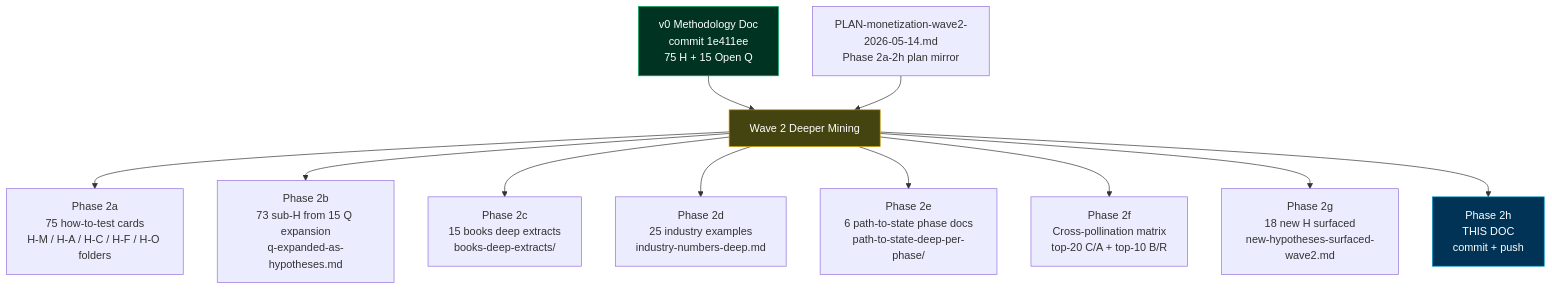
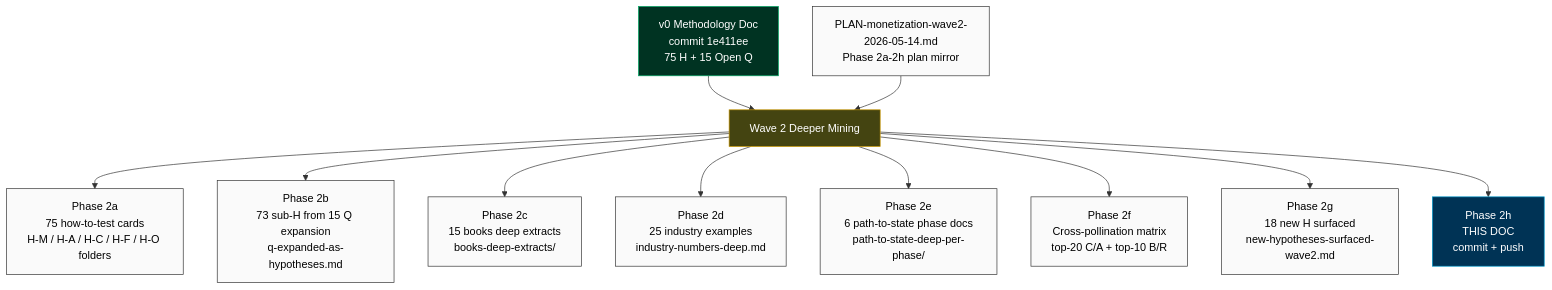
One commit to Bogersebekov/jetix-os changed the diagram in decisions/JETIX-MONETIZATION-METHODOLOGY-WAVE2-DEEPER-MINING-2026-05-14.md. Above: the diagram before and after it, drawn with Mermaid. The commit also changed 102 other files, not shown here.

First line of the commit message:
[fix][mermaid] black text in all mermaid diagrams (213 blocks / 102 files)

````diff
--- a/decisions/JETIX-MONETIZATION-METHODOLOGY-WAVE2-DEEPER-MINING-2026-05-14.md
+++ b/decisions/JETIX-MONETIZATION-METHODOLOGY-WAVE2-DEEPER-MINING-2026-05-14.md
@@ -92,21 +92,22 @@
 ```mermaid
+%%{init: {'theme':'base', 'themeVariables': {'primaryTextColor':'#000000','textColor':'#000000','lineColor':'#333333','primaryBorderColor':'#333333','primaryColor':'#fafafa','noteTextColor':'#000000','noteBkgColor':'#fff8d5','edgeLabelBackground':'#ffffff'}}}%%
 flowchart TD
     V0[v0 Methodology Doc<br/>commit 1e411ee<br/>75 H + 15 Open Q]
     PLAN[PLAN-monetization-wave2-2026-05-14.md<br/>Phase 2a-2h plan mirror]
 
     V0 --> WAVE2[Wave 2 Deeper Mining]
     PLAN --> WAVE2
 
     WAVE2 --> P2A[Phase 2a<br/>75 how-to-test cards<br/>H-M / H-A / H-C / H-F / H-O folders]
     WAVE2 --> P2B[Phase 2b<br/>73 sub-H from 15 Q expansion<br/>q-expanded-as-hypotheses.md]
     WAVE2 --> P2C[Phase 2c<br/>15 books deep extracts<br/>books-deep-extracts/]
     WAVE2 --> P2D[Phase 2d<br/>25 industry examples<br/>industry-numbers-deep.md]
     WAVE2 --> P2E[Phase 2e<br/>6 path-to-state phase docs<br/>path-to-state-deep-per-phase/]
     WAVE2 --> P2F[Phase 2f<br/>Cross-pollination matrix<br/>top-20 C/A + top-10 B/R]
     WAVE2 --> P2G[Phase 2g<br/>18 new H surfaced<br/>new-hypotheses-surfaced-wave2.md]
     WAVE2 --> P2H[Phase 2h<br/>THIS DOC<br/>commit + push]
 
     style WAVE2 fill:#444411,stroke:#cc9900,color:#fff
     style V0 fill:#003322,stroke:#00aa66,color:#fff
     style P2H fill:#003355,stroke:#0099cc,color:#fff
 ```
````
